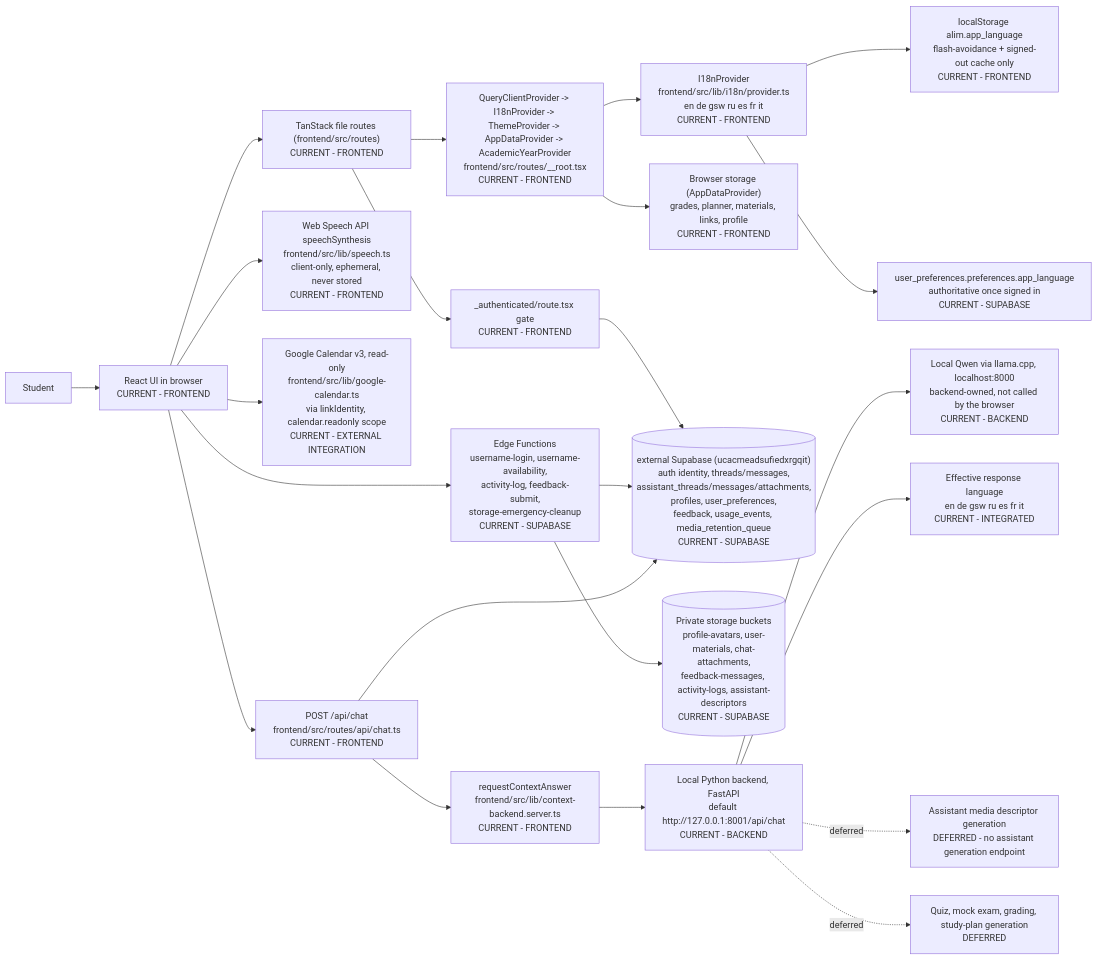
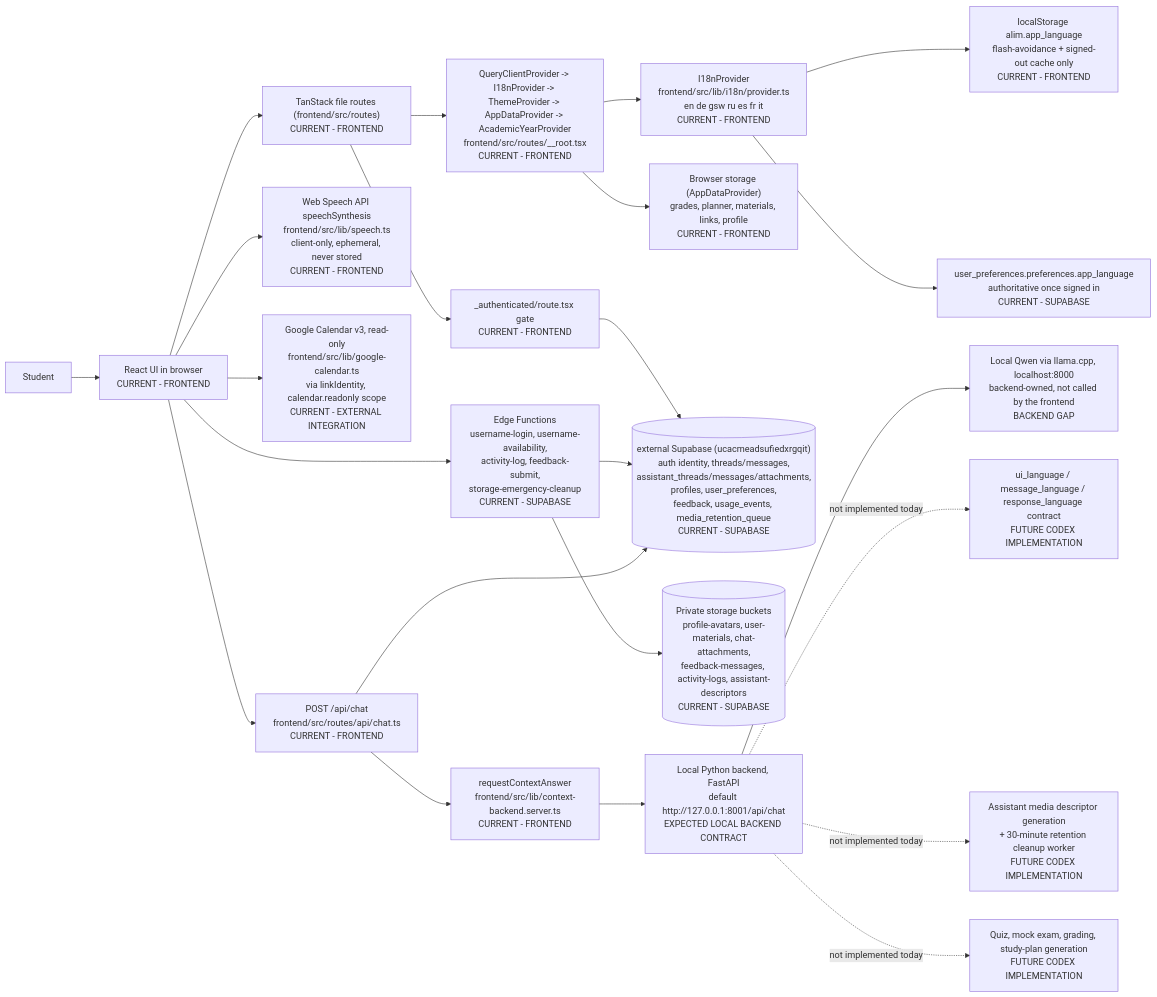
Before and after one commit to keyshavmor/study-swiss-star: the diagram in docs/wireframes/01-system-overview.mmd, drawn with Mermaid. The commit also changed 231 other files, not shown here.

```diff
--- a/docs/wireframes/01-system-overview.mmd
+++ b/docs/wireframes/01-system-overview.mmd
@@ -1,25 +1,25 @@
 %% System overview. Corrected: no Lovable AI Gateway fallback in /api/chat (removed; that path
 %% does not exist in current code). No Diagnostics route, no demo mode, no Apple Reminders.
 flowchart LR
   Student[Student] --> Browser["React UI in browser<br/>CURRENT - FRONTEND"]
   Browser --> Router["TanStack file routes (frontend/src/routes)<br/>CURRENT - FRONTEND"]
   Router --> Providers["QueryClientProvider -> I18nProvider -> ThemeProvider -> AppDataProvider -> AcademicYearProvider<br/>frontend/src/routes/__root.tsx<br/>CURRENT - FRONTEND"]
   Providers --> I18n["I18nProvider<br/>frontend/src/lib/i18n/provider.ts<br/>en de gsw ru es fr it<br/>CURRENT - FRONTEND"]
   I18n --> LangCache["localStorage alim.app_language<br/>flash-avoidance + signed-out cache only<br/>CURRENT - FRONTEND"]
   I18n --> LangDB["user_preferences.preferences.app_language<br/>authoritative once signed in<br/>CURRENT - SUPABASE"]
   Providers --> Local["Browser storage (AppDataProvider)<br/>grades, planner, materials, links, profile<br/>CURRENT - FRONTEND"]
   Router --> Gate["_authenticated/route.tsx gate<br/>CURRENT - FRONTEND"]
   Gate --> Cloud[("external Supabase (ucacmeadsufiedxrgqit)<br/>auth identity, threads/messages,<br/>assistant_threads/messages/attachments,<br/>profiles, user_preferences,<br/>feedback, usage_events, media_retention_queue<br/>CURRENT - SUPABASE")]
   Browser --> Fns["Edge Functions<br/>username-login, username-availability,<br/>activity-log, feedback-submit,<br/>storage-emergency-cleanup<br/>CURRENT - SUPABASE"]
   Fns --> Cloud
   Fns --> Buckets[("Private storage buckets<br/>profile-avatars, user-materials, chat-attachments,<br/>feedback-messages, activity-logs, assistant-descriptors<br/>CURRENT - SUPABASE")]
   Browser --> Speech["Web Speech API speechSynthesis<br/>frontend/src/lib/speech.ts<br/>client-only, ephemeral, never stored<br/>CURRENT - FRONTEND"]
   Browser --> GCal["Google Calendar v3, read-only<br/>frontend/src/lib/google-calendar.ts<br/>via linkIdentity, calendar.readonly scope<br/>CURRENT - EXTERNAL INTEGRATION"]
   Browser --> ChatRoute["POST /api/chat<br/>frontend/src/routes/api/chat.ts<br/>CURRENT - FRONTEND"]
   ChatRoute --> Cloud
   ChatRoute --> Adapter["requestContextAnswer<br/>frontend/src/lib/context-backend.server.ts<br/>CURRENT - FRONTEND"]
-  Adapter --> Python["Local Python backend, FastAPI<br/>default http://127.0.0.1:8001/api/chat<br/>CURRENT - BACKEND"]
-  Python --> Model["Local Qwen via llama.cpp, localhost:8000<br/>backend-owned, not called by the browser<br/>CURRENT - BACKEND"]
-  Python --> Lang["Effective response language<br/>en de gsw ru es fr it<br/>CURRENT - INTEGRATED"]
-  Python -. deferred .-> FutureMedia["Assistant media descriptor generation<br/>DEFERRED - no assistant generation endpoint"]
-  Python -. deferred .-> FutureTools["Quiz, mock exam, grading, study-plan generation<br/>DEFERRED"]
+  Adapter --> Python["Local Python backend, FastAPI<br/>default http://127.0.0.1:8001/api/chat<br/>EXPECTED LOCAL BACKEND CONTRACT"]
+  Python --> Model["Local Qwen via llama.cpp, localhost:8000<br/>backend-owned, not called by the frontend<br/>BACKEND GAP"]
+  Python -. not implemented today .-> FutureLang["ui_language / message_language / response_language contract<br/>FUTURE CODEX IMPLEMENTATION"]
+  Python -. not implemented today .-> FutureMedia["Assistant media descriptor generation<br/>+ 30-minute retention cleanup worker<br/>FUTURE CODEX IMPLEMENTATION"]
+  Python -. not implemented today .-> FutureTools["Quiz, mock exam, grading, study-plan generation<br/>FUTURE CODEX IMPLEMENTATION"]
```
